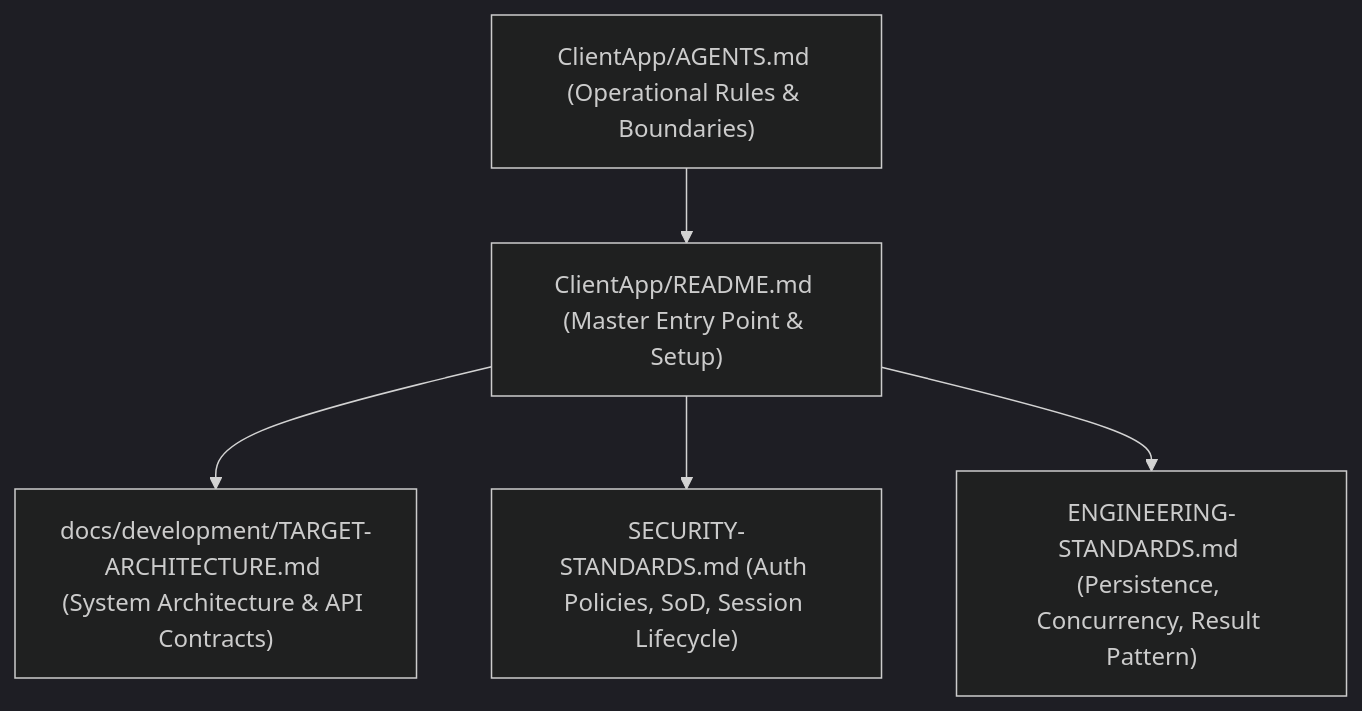
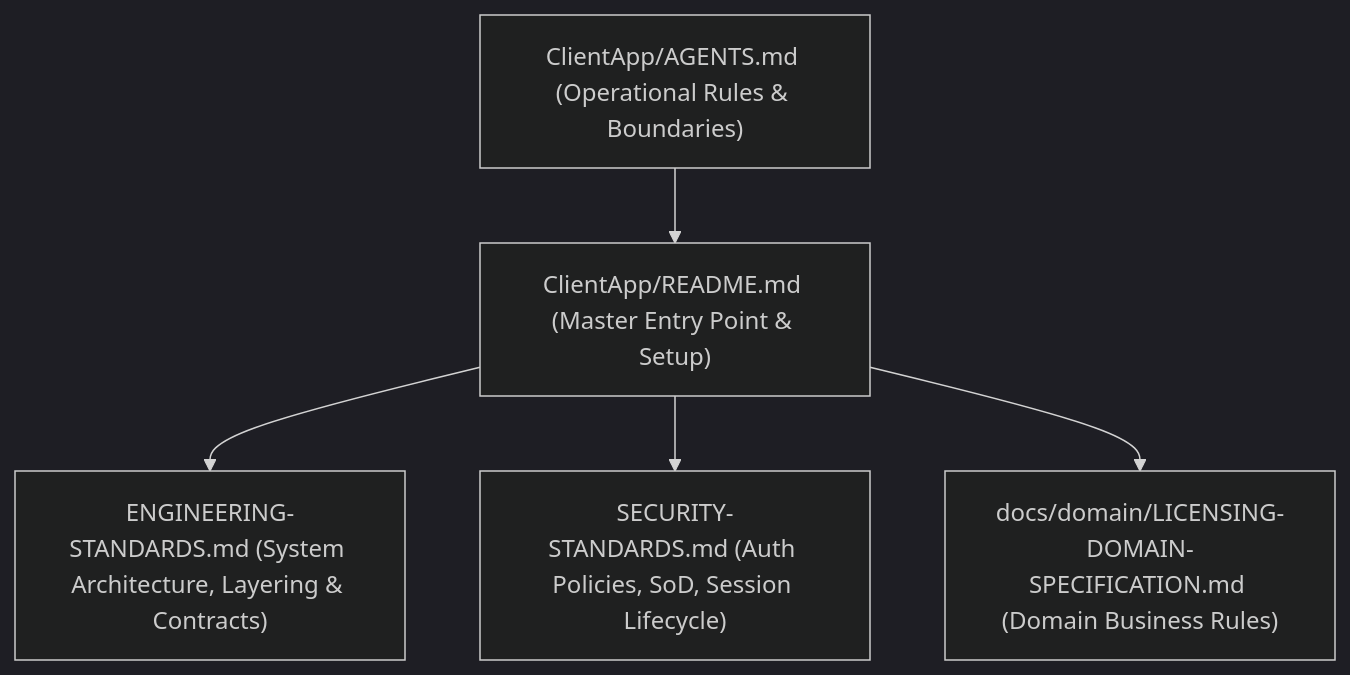
One commit to ayhm325/DVLD-WPF changed the diagram in ClientApp/AGENTS.md. Above: the diagram before and after it, drawn with Mermaid (dark theme). The commit also changed other lines of this file and 16 other files, not shown here.

````diff
--- a/ClientApp/AGENTS.md
+++ b/ClientApp/AGENTS.md
@@ -24,7 +24,7 @@
 ```mermaid
 flowchart TD
     A["ClientApp/AGENTS.md (Operational Rules & Boundaries)"] --> B["ClientApp/README.md (Master Entry Point & Setup)"]
-    B --> C["docs/development/TARGET-ARCHITECTURE.md (System Architecture & API Contracts)"]
+    B --> C["ENGINEERING-STANDARDS.md (System Architecture, Layering & Contracts)"]
     B --> D["SECURITY-STANDARDS.md (Auth Policies, SoD, Session Lifecycle)"]
-    B --> E["ENGINEERING-STANDARDS.md (Persistence, Concurrency, Result Pattern)"]
+    B --> E["docs/domain/LICENSING-DOMAIN-SPECIFICATION.md (Domain Business Rules)"]
 ```
````
